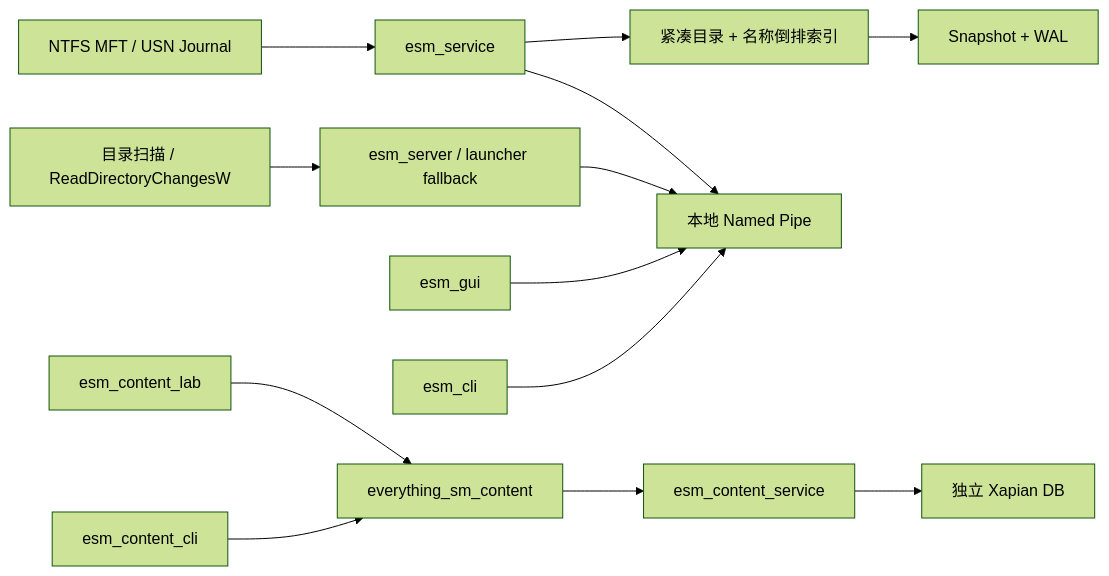
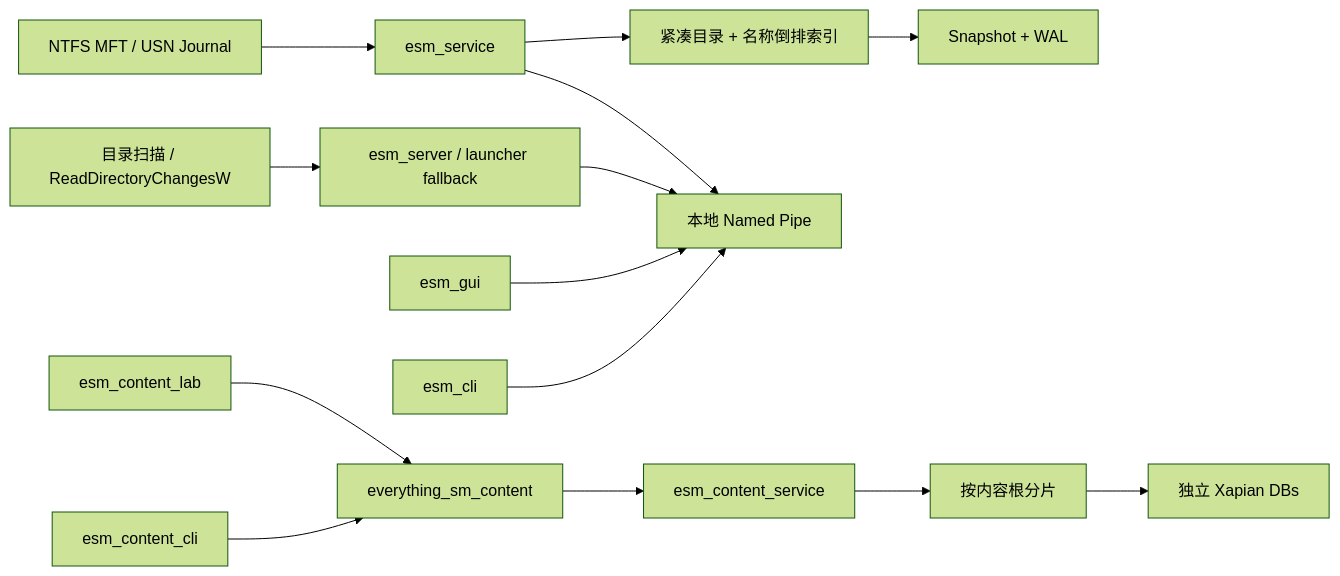
Before and after one commit to sunfengsheng/esm: the diagram in README.md, drawn with Mermaid (forest theme). The commit also changed other lines of this file and 16 other files, not shown here.

````diff
--- a/README.md
+++ b/README.md
@@ -88,15 +88,16 @@
 ```mermaid
 flowchart LR
     NTFS["NTFS MFT / USN Journal"] --> Service["esm_service"]
     Fallback["目录扫描 / ReadDirectoryChangesW"] --> Server["esm_server / launcher fallback"]
     Service --> Catalog["紧凑目录 + 名称倒排索引"]
     Catalog --> Persist["Snapshot + WAL"]
     Service --> Pipe["本地 Named Pipe"]
     Server --> Pipe
     GUI["esm_gui"] --> Pipe
     CLI["esm_cli"] --> Pipe
     ContentLab["esm_content_lab"] --> ContentPipe["everything_sm_content"]
     ContentCLI["esm_content_cli"] --> ContentPipe
     ContentPipe --> ContentService["esm_content_service"]
-    ContentService --> Xapian["独立 Xapian DB"]
+    ContentService --> Shards["按内容根分片"]
+    Shards --> Xapian["独立 Xapian DBs"]
 ```
````
